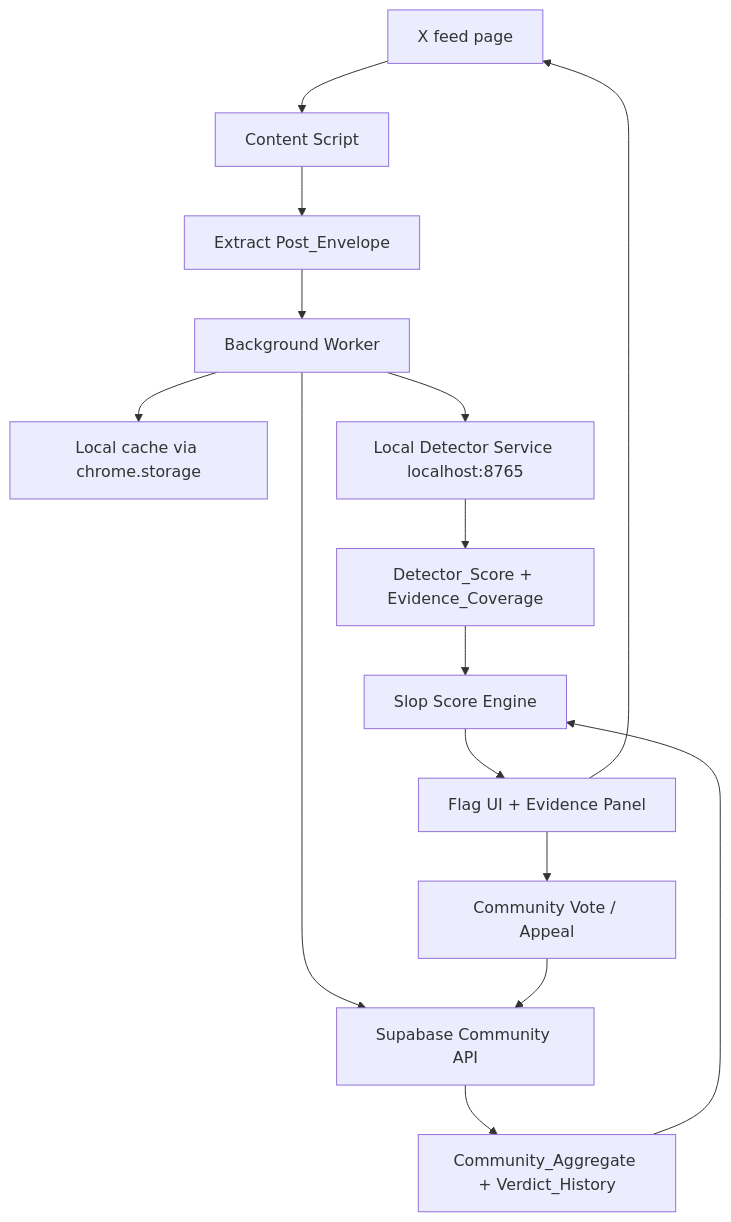
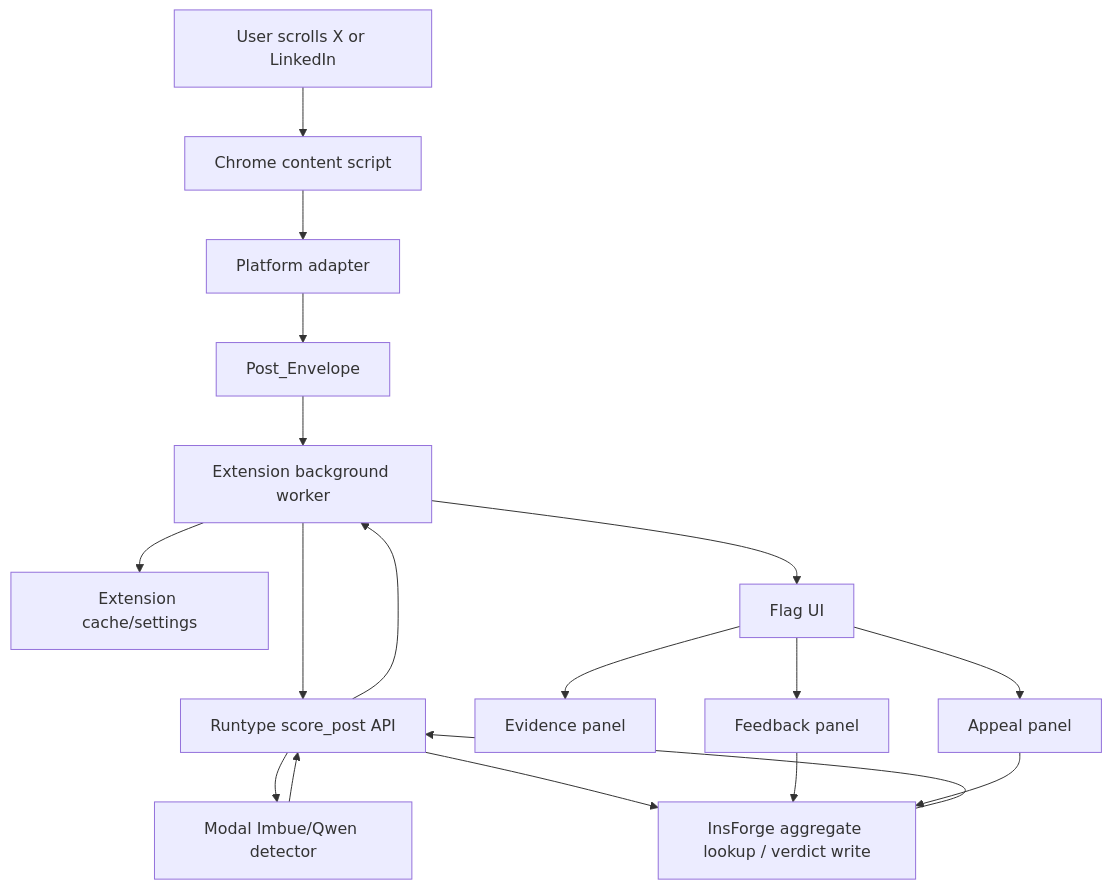
The first of 2 diagrams in specs/slop-frog/design.md (Jiyungi/slop-frog), drawn with Mermaid before and after one commit. The commit also changed other lines of this file and 4 other files, not shown here.

````diff
--- a/specs/slop-frog/design.md
+++ b/specs/slop-frog/design.md
@@ -40,17 +65,20 @@
 ```mermaid
 graph TD
-    X[X feed page] --> CS[Content Script]
-    CS --> Extract[Extract Post_Envelope]
-    Extract --> BG[Background Worker]
-    BG --> Cache[Local cache via chrome.storage]
-    BG --> Local[Local Detector Service localhost:8765]
-    BG --> SB[Supabase Community API]
-    Local --> Score[Detector_Score + Evidence_Coverage]
-    SB --> Community[Community_Aggregate + Verdict_History]
-    Score --> Compose[Slop Score Engine]
-    Community --> Compose
-    Compose --> UI[Flag UI + Evidence Panel]
-    UI --> X
-    UI --> Vote[Community Vote / Appeal]
-    Vote --> SB
+    User[User scrolls X or LinkedIn] --> CS[Chrome content script]
+    CS --> Adapter[Platform adapter]
+    Adapter --> Envelope[Post_Envelope]
+    Envelope --> BG[Extension background worker]
+    BG --> Cache[Extension cache/settings]
+    BG --> RT[Runtype score_post API]
+    RT --> Modal[Modal Imbue/Qwen detector]
+    Modal --> RT
+    RT --> IF[InsForge aggregate lookup / verdict write]
+    IF --> RT
+    RT --> BG
+    BG --> UI[Flag UI]
+    UI --> Evidence[Evidence panel]
+    UI --> Feedback[Feedback panel]
+    UI --> Appeal[Appeal panel]
+    Feedback --> IF
+    Appeal --> IF
 ```
````
